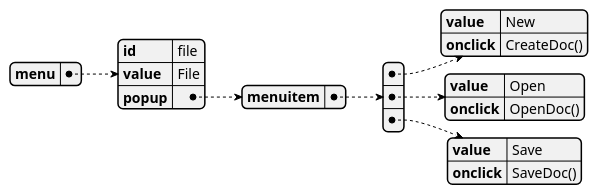
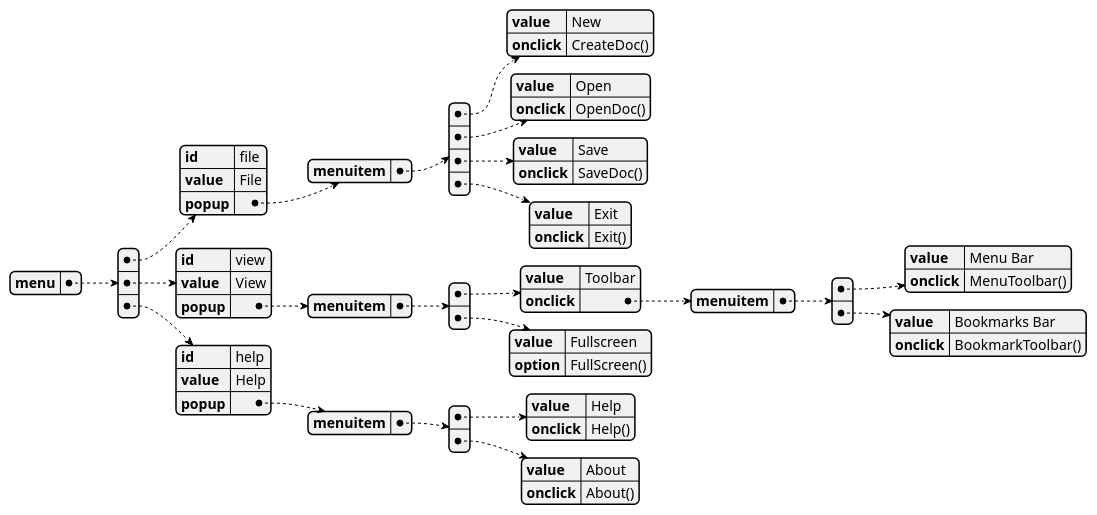
One commit to GiovaniPM/DMNTests changed the diagram in PlantUML/teste12.md. Above: the diagram before and after it, drawn with PlantUML.

Commit message:
giova(DESKTOP-PG18CKU) 210115154653

````diff
--- a/PlantUML/teste12.md
+++ b/PlantUML/teste12.md
@@ -3,15 +3,75 @@
 ```plantuml
 @startjson
-    {"menu": {  
-      "id": "file",  
-      "value": "File",  
-      "popup": {  
-        "menuitem": [  
-          {"value": "New", "onclick": "CreateDoc()"},  
-          {"value": "Open", "onclick": "OpenDoc()"},  
-          {"value": "Save", "onclick": "SaveDoc()"}  
-        ]  
-      }  
-    }}  
+{
+  "menu": [
+    {
+      "id": "file",
+      "value": "File",
+      "popup": {
+        "menuitem": [
+          {
+            "value": "New",
+            "onclick": "CreateDoc()"
+          },
+          {
+            "value": "Open",
+            "onclick": "OpenDoc()"
+          },
+          {
+            "value": "Save",
+            "onclick": "SaveDoc()"
+          },
+          {
+            "value": "Exit",
+            "onclick": "Exit()"
+          }
+        ]
+      }
+    },
+    {
+      "id": "view",
+      "value": "View",
+      "popup": {
+        "menuitem": [
+          {
+            "value": "Toolbar",
+            "onclick": {
+              "menuitem": [
+                {
+                  "value": "Menu Bar",
+                  "onclick": "MenuToolbar()"
+                },
+                {
+                  "value": "Bookmarks Bar",
+                  "onclick": "BookmarkToolbar()"
+                }
+              ]
+            }
+          },
+          {
+             "value": "Fullscreen",
+             "option": "FullScreen()"
+          }
+        ]
+      }
+    },
+    {
+      "id": "help",
+      "value": "Help",
+      "popup": {
+        "menuitem": [
+          {
+            "value": "Help",
+            "onclick": "Help()"
+          },
+          {
+            "value": "About",
+            "onclick": "About()"
+          }
+        ]
+      }
+    }
+  ]
+}
 @endjson
 ```
````
